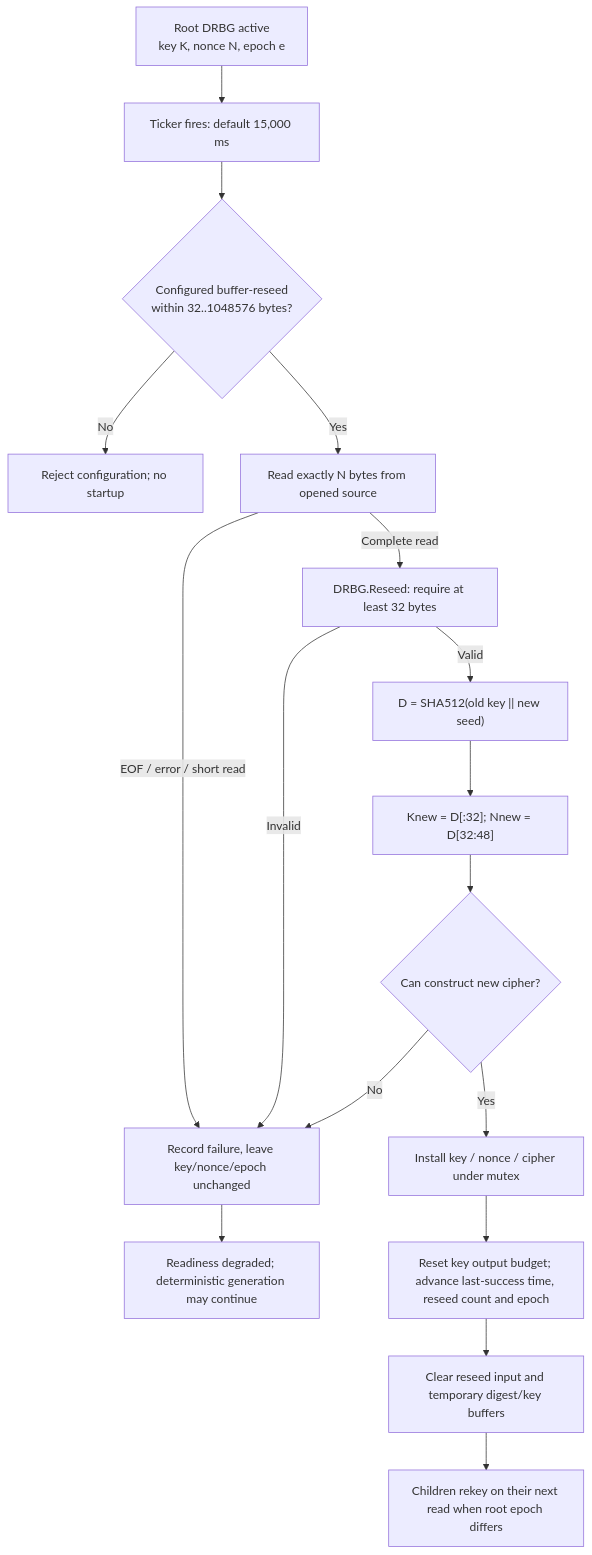
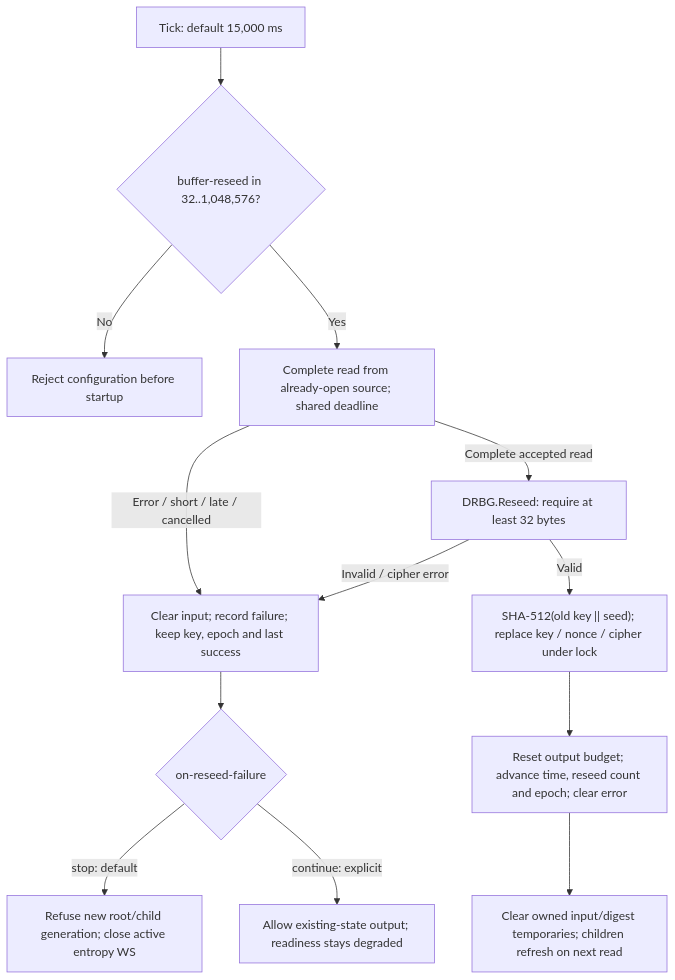
One commit to fantuz/entropy-service changed the diagram in docs/root-reseeding.md. Above: the diagram before and after it, drawn with Mermaid. The commit also changed other lines of this file and 21 other files, not shown here.

````diff
--- a/docs/root-reseeding.md
+++ b/docs/root-reseeding.md
@@ -15,19 +12,15 @@
 ```mermaid
 flowchart TD
-    A["Root DRBG active<br/>key K, nonce N, epoch e"] --> T["Ticker fires: default 15,000 ms"]
-    T --> V{"Configured buffer-reseed<br/>within 32..1048576 bytes?"}
-    V -->|No| X["Reject configuration; no startup"]
-    V -->|Yes| R["Read exactly N bytes from opened source"]
-    R -->|EOF / error / short read| F["Record failure, leave key/nonce/epoch unchanged"]
-    R -->|Complete read| K["DRBG.Reseed: require at least 32 bytes"]
-    K -->|Invalid| F
-    K -->|Valid| H["D = SHA512(old key || new seed)"]
-    H --> C["Knew = D[:32]; Nnew = D[32:48]"]
-    C --> I{"Can construct new cipher?"}
-    I -->|No| F
-    I -->|Yes| S["Install key / nonce / cipher under mutex"]
-    S --> U["Reset key output budget; advance last-success time, reseed count and epoch"]
-    U --> Z["Clear reseed input and temporary digest/key buffers"]
-    Z --> Y["Children rekey on their next read when root epoch differs"]
-    F --> P["Readiness degraded; deterministic generation may continue"]
+    T["Tick: default 15,000 ms"] --> V{"buffer-reseed in 32..1,048,576?"}
+    V -->|No| X["Reject configuration before startup"]
+    V -->|Yes| R["Complete read from already-open source; shared deadline"]
+    R -->|Error / short / late / cancelled| F["Clear input; record failure; keep key, epoch and last success"]
+    R -->|Complete accepted read| K["DRBG.Reseed: require at least 32 bytes"]
+    K -->|Invalid / cipher error| F
+    K -->|Valid| H["SHA-512(old key || seed); replace key / nonce / cipher under lock"]
+    H --> U["Reset output budget; advance time, reseed count and epoch; clear error"]
+    U --> C["Clear owned input/digest temporaries; children refresh on next read"]
+    F --> P{"on-reseed-failure"}
+    P -->|stop: default| S["Refuse new root/child generation; close active entropy WS"]
+    P -->|continue: explicit| A["Allow existing-state output; readiness stays degraded"]
 ```
````
